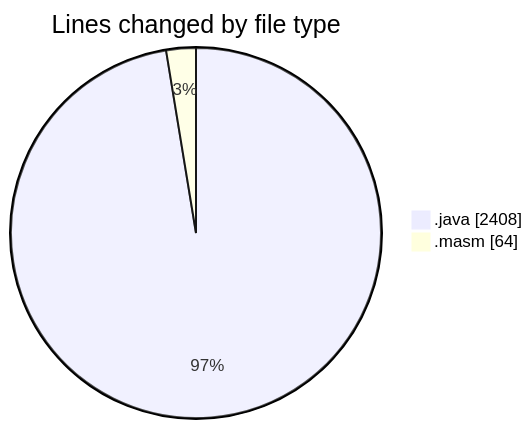
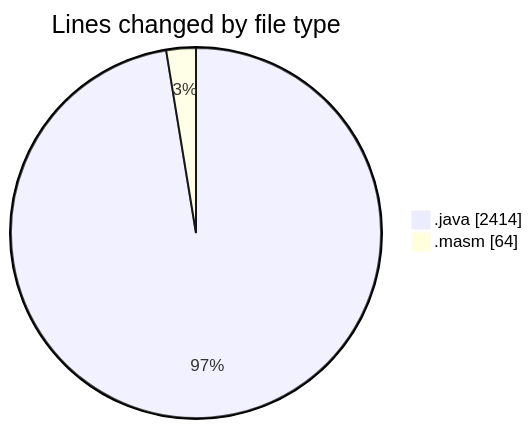
The first of 2 diagrams in 2025-02-19/masm/README.md (charlie-sans/code-tracking), drawn with Mermaid before and after one commit. The commit also changed other lines of this file and 1 other file, not shown here.

````diff
--- a/2025-02-19/masm/README.md
+++ b/2025-02-19/masm/README.md
@@ -26,6 +26,6 @@
 ```mermaid
 pie showData
 title Lines changed by file type
-".java" : 2408
+".java" : 2414
 ".masm" : 64
 ```
````
